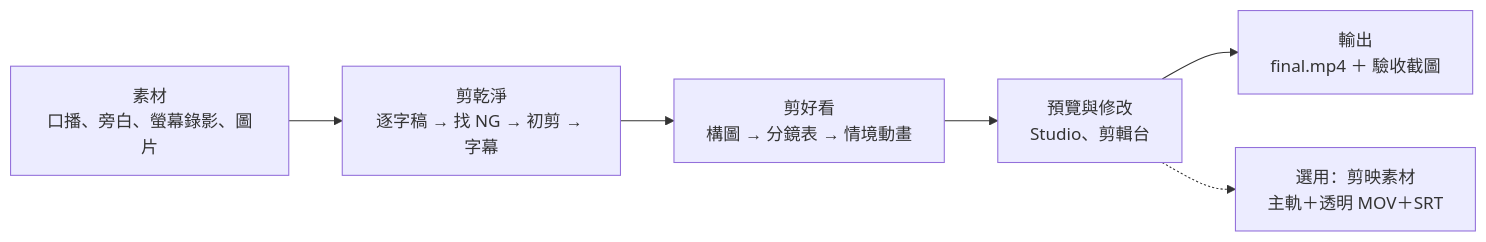
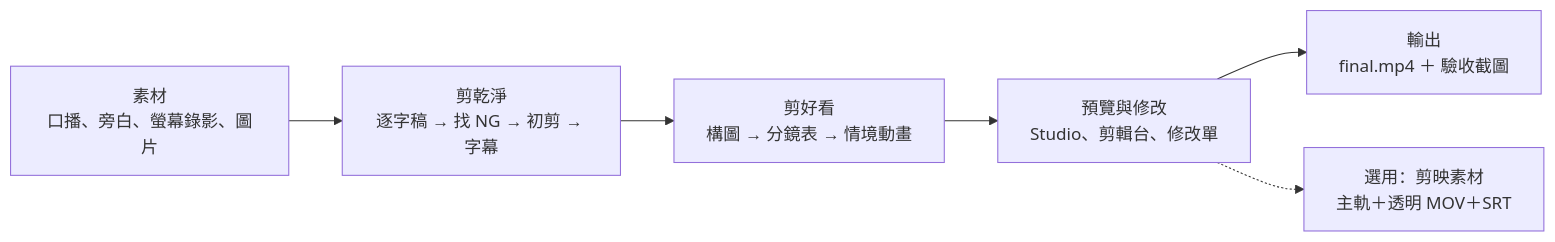
The diagram in README.md (dean9703111/auto-edit-workspace), drawn with Mermaid before and after one commit. The commit also changed other lines of this file and 143 other files, not shown here.

````diff
--- a/README.md
+++ b/README.md
@@ -94,8 +127,8 @@
 ```mermaid
 flowchart LR
   A["素材<br>口播、旁白、螢幕錄影、圖片"] --> B["剪乾淨<br>逐字稿 → 找 NG → 初剪 → 字幕"]
   B --> C["剪好看<br>構圖 → 分鏡表 → 情境動畫"]
-  C --> D["預覽與修改<br>Studio、剪輯台"]
+  C --> D["預覽與修改<br>Studio、剪輯台、修改單"]
   D --> E["輸出<br>final.mp4 ＋ 驗收截圖"]
   D -.-> F["選用：剪映素材<br>主軌＋透明 MOV＋SRT"]
 ```
````
